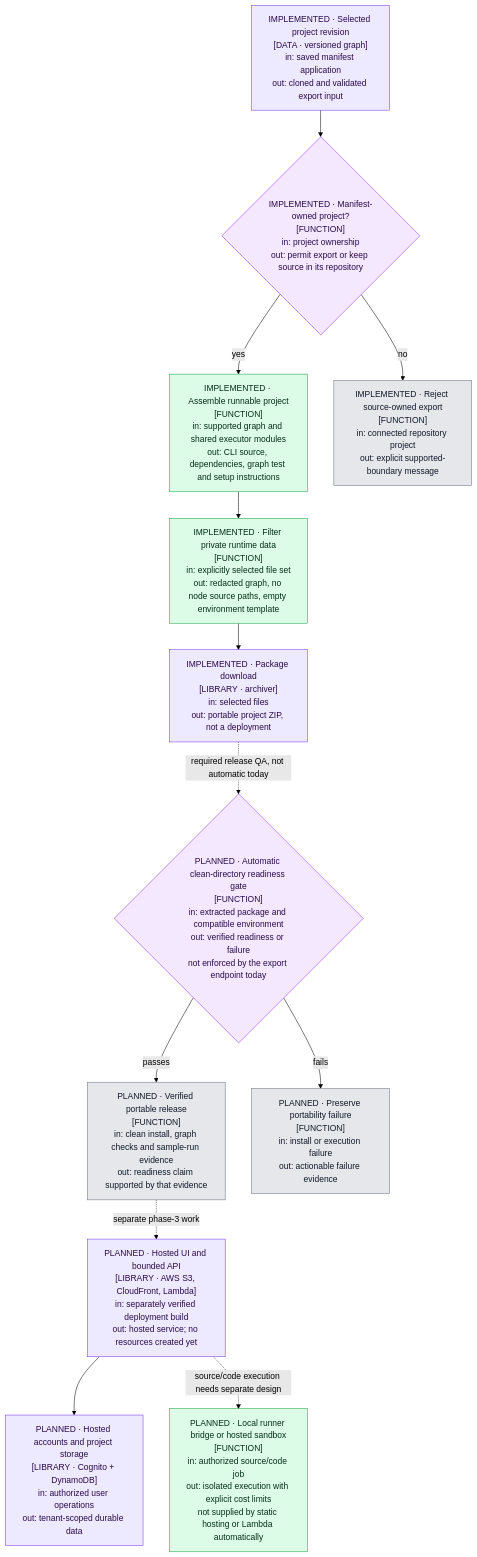
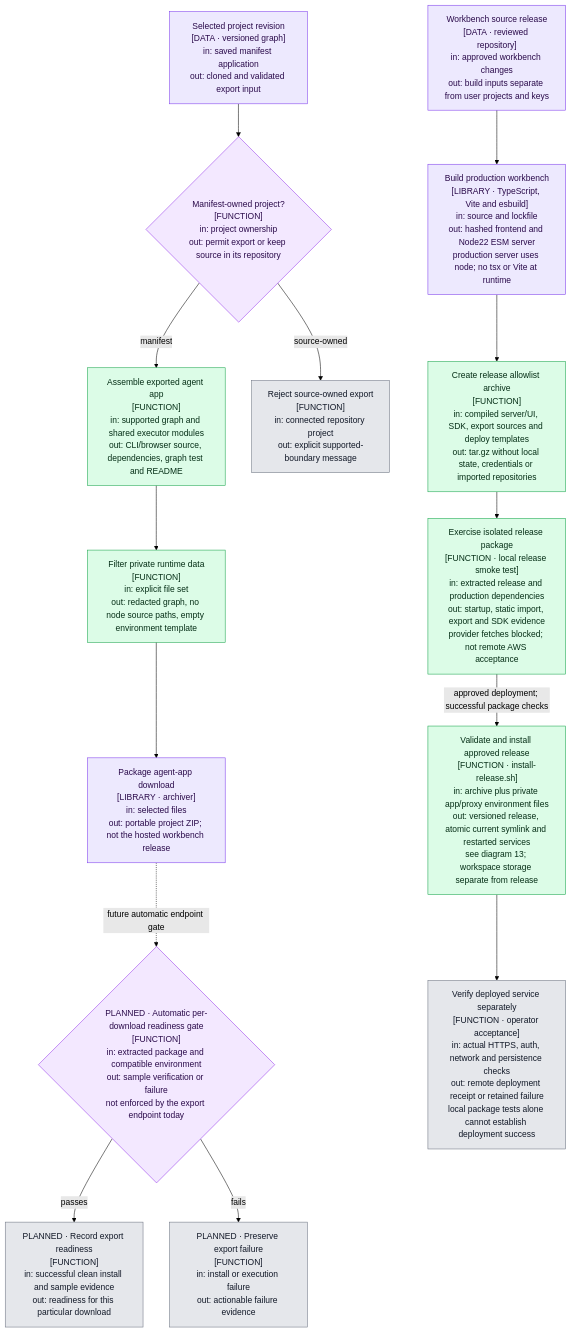
One commit to APareek89/citadel-studio changed the sixth of 13 diagrams in docs/ARCHITECTURE_FLOW.md. Above: the diagram before and after it, drawn with Mermaid (forest theme). The commit also changed other lines of this file and 35 other files, not shown here.

Commit message:
Prepare private AWS hosting with authenticated proxy and production release

````diff
--- a/docs/ARCHITECTURE_FLOW.md
+++ b/docs/ARCHITECTURE_FLOW.md
@@ -374,31 +400,33 @@
 ```mermaid
-%% 06 IMPLEMENTED export — PLANNED portability gate and phase-3 hosting
+%% 06 IMPLEMENTED export and release packaging — remote deployment acceptance is separate
 flowchart TD
-PROJECT["IMPLEMENTED · Selected project revision<br/>[DATA · versioned graph]<br/>in: saved manifest application<br/>out: cloned and validated export input"]:::data
-SUPPORTED{"IMPLEMENTED · Manifest-owned project?<br/>[FUNCTION]<br/>in: project ownership<br/>out: permit export or keep source in its repository"}:::dec
-EXPORT["IMPLEMENTED · Assemble runnable project<br/>[FUNCTION]<br/>in: supported graph and shared executor modules<br/>out: CLI source, dependencies, graph test and setup instructions"]:::fn
-FILTER["IMPLEMENTED · Filter private runtime data<br/>[FUNCTION]<br/>in: explicitly selected file set<br/>out: redacted graph, no node source paths, empty environment template"]:::fn
-ZIP["IMPLEMENTED · Package download<br/>[LIBRARY · archiver]<br/>in: selected files<br/>out: portable project ZIP, not a deployment"]:::data
-CHECK{"PLANNED · Automatic clean-directory readiness gate<br/>[FUNCTION]<br/>in: extracted package and compatible environment<br/>out: verified readiness or failure<br/>not enforced by the export endpoint today"}:::dec
-READY["PLANNED · Verified portable release<br/>[FUNCTION]<br/>in: clean install, graph checks and sample-run evidence<br/>out: readiness claim supported by that evidence"]:::term
-FAIL["PLANNED · Preserve portability failure<br/>[FUNCTION]<br/>in: install or execution failure<br/>out: actionable failure evidence"]:::term
-BLOCK["IMPLEMENTED · Reject source-owned export<br/>[FUNCTION]<br/>in: connected repository project<br/>out: explicit supported-boundary message"]:::term
-AWS["PLANNED · Hosted UI and bounded API<br/>[LIBRARY · AWS S3, CloudFront, Lambda]<br/>in: separately verified deployment build<br/>out: hosted service; no resources created yet"]:::data
-DB["PLANNED · Hosted accounts and project storage<br/>[LIBRARY · Cognito + DynamoDB]<br/>in: authorized user operations<br/>out: tenant-scoped durable data"]:::data
-RUNNER["PLANNED · Local runner bridge or hosted sandbox<br/>[FUNCTION]<br/>in: authorized source/code job<br/>out: isolated execution with explicit cost limits<br/>not supplied by static hosting or Lambda automatically"]:::fn
+PROJECT["Selected project revision<br/>[DATA · versioned graph]<br/>in: saved manifest application<br/>out: cloned and validated export input"]:::data
+SUPPORTED{"Manifest-owned project?<br/>[FUNCTION]<br/>in: project ownership<br/>out: permit export or keep source in its repository"}:::dec
+EXPORT["Assemble exported agent app<br/>[FUNCTION]<br/>in: supported graph and shared executor modules<br/>out: CLI/browser source, dependencies, graph test and README"]:::fn
+FILTER["Filter private runtime data<br/>[FUNCTION]<br/>in: explicit file set<br/>out: redacted graph, no node source paths, empty environment template"]:::fn
+ZIP["Package agent-app download<br/>[LIBRARY · archiver]<br/>in: selected files<br/>out: portable project ZIP; not the hosted workbench release"]:::data
+CHECK{"PLANNED · Automatic per-download readiness gate<br/>[FUNCTION]<br/>in: extracted package and compatible environment<br/>out: sample verification or failure<br/>not enforced by the export endpoint today"}:::dec
+READY["PLANNED · Record export readiness<br/>[FUNCTION]<br/>in: successful clean install and sample evidence<br/>out: readiness for this particular download"]:::term
+FAIL["PLANNED · Preserve export failure<br/>[FUNCTION]<br/>in: install or execution failure<br/>out: actionable failure evidence"]:::term
+BLOCK["Reject source-owned export<br/>[FUNCTION]<br/>in: connected repository project<br/>out: explicit supported-boundary message"]:::term
+SOURCE["Workbench source release<br/>[DATA · reviewed repository]<br/>in: approved workbench changes<br/>out: build inputs separate from user projects and keys"]:::data
+BUILD["Build production workbench<br/>[LIBRARY · TypeScript, Vite and esbuild]<br/>in: source and lockfile<br/>out: hashed frontend and Node22 ESM server<br/>production server uses node; no tsx or Vite at runtime"]:::data
+PACKAGE["Create release allowlist archive<br/>[FUNCTION]<br/>in: compiled server/UI, SDK, export sources and deploy templates<br/>out: tar.gz without local state, credentials or imported repositories"]:::fn
+SMOKE["Exercise isolated release package<br/>[FUNCTION · local release smoke test]<br/>in: extracted release and production dependencies<br/>out: startup, static import, export and SDK evidence<br/>provider fetches blocked; not remote AWS acceptance"]:::fn
+INSTALL["Validate and install approved release<br/>[FUNCTION · install-release.sh]<br/>in: archive plus private app/proxy environment files<br/>out: versioned release, atomic current symlink and restarted services<br/>see diagram 13; workspace storage separate from release"]:::fn
+ACCEPT["Verify deployed service separately<br/>[FUNCTION · operator acceptance]<br/>in: actual HTTPS, auth, network and persistence checks<br/>out: remote deployment receipt or retained failure<br/>local package tests alone cannot establish deployment success"]:::term
 PROJECT --> SUPPORTED
-SUPPORTED -->|"yes"| EXPORT --> FILTER --> ZIP
-SUPPORTED -->|"no"| BLOCK
-ZIP -.->|"required release QA, not automatic today"| CHECK
+SUPPORTED -->|"manifest"| EXPORT --> FILTER --> ZIP
+SUPPORTED -->|"source-owned"| BLOCK
+ZIP -.->|"future automatic endpoint gate"| CHECK
 CHECK -->|"passes"| READY
 CHECK -->|"fails"| FAIL
-READY -.->|"separate phase-3 work"| AWS
-AWS --> DB
-AWS -.->|"source/code execution needs separate design"| RUNNER
+SOURCE --> BUILD --> PACKAGE --> SMOKE
+SMOKE -->|"approved deployment; successful package checks"| INSTALL --> ACCEPT
 classDef agent fill:#dbeafe,stroke:#2563eb,color:#0b2a5b;
 classDef fn fill:#dcfce7,stroke:#16a34a,color:#052e16;
 classDef dec fill:#f3e8ff,stroke:#9333ea,color:#2a0a4a;
 classDef term fill:#e5e7eb,stroke:#6b7280,color:#111827;
 classDef ask fill:#cffafe,stroke:#0891b2,color:#083344;
 classDef data fill:#ede9fe,stroke:#7c3aed,color:#2a0a4a;
 ```
````
